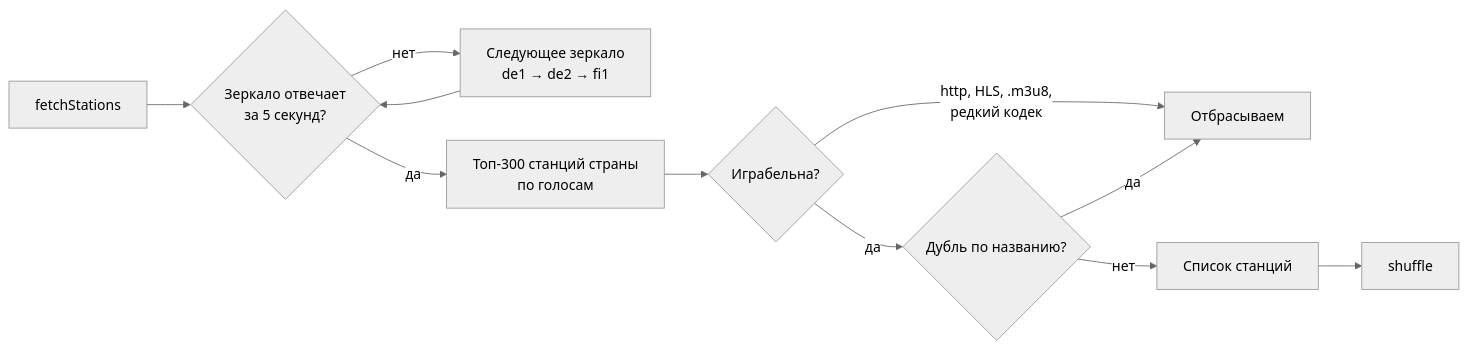
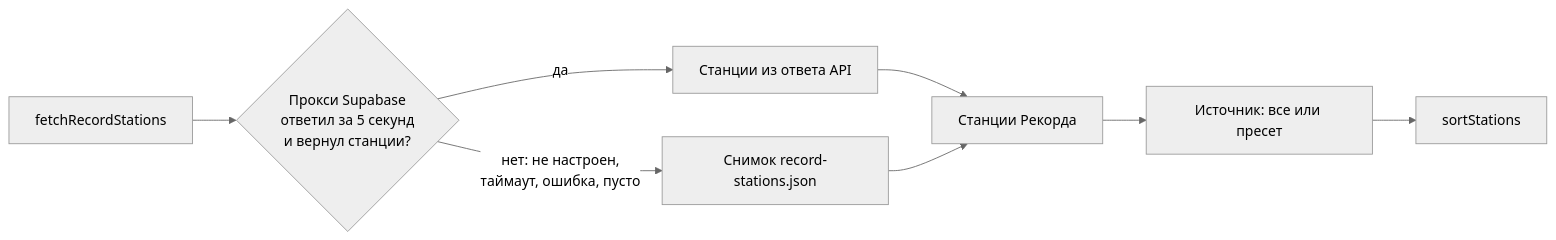
The first of 3 diagrams in docs/radio.md (kagulion/tempo), drawn with Mermaid (neutral theme) before and after one commit. The commit also changed other lines of this file and 38 other files, not shown here.

````diff
--- a/docs/radio.md
+++ b/docs/radio.md
@@ -24,13 +36,10 @@
 ```mermaid
 flowchart LR
-    A[fetchStations] --> B{Зеркало отвечает<br/>за 5 секунд?}
-    B -- нет --> C[Следующее зеркало<br/>de1 → de2 → fi1]
-    C --> B
-    B -- да --> D[Топ-300 станций страны<br/>по голосам]
-    D --> E{Играбельна?}
-    E -- "http, HLS, .m3u8,<br/>редкий кодек" --> X[Отбрасываем]
-    E -- да --> F{Дубль по названию?}
-    F -- да --> X
-    F -- нет --> G[Список станций]
-    G --> H[shuffle]
+    A[fetchRecordStations] --> B{Прокси Supabase<br/>ответил за 5 секунд<br/>и вернул станции?}
+    B -- да --> D[Станции из ответа API]
+    B -- "нет: не настроен,<br/>таймаут, ошибка, пусто" --> C[Снимок record-stations.json]
+    D --> G[Станции Рекорда]
+    C --> G
+    G --> S[Источник: все или пресет]
+    S --> H[sortStations]
 ```
````
